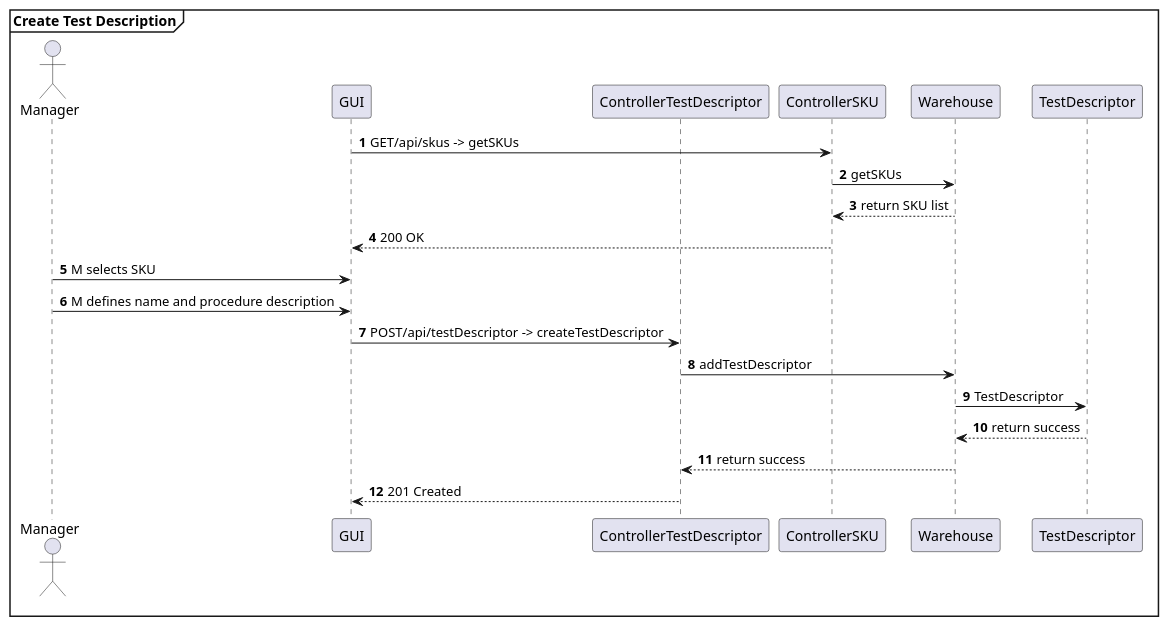
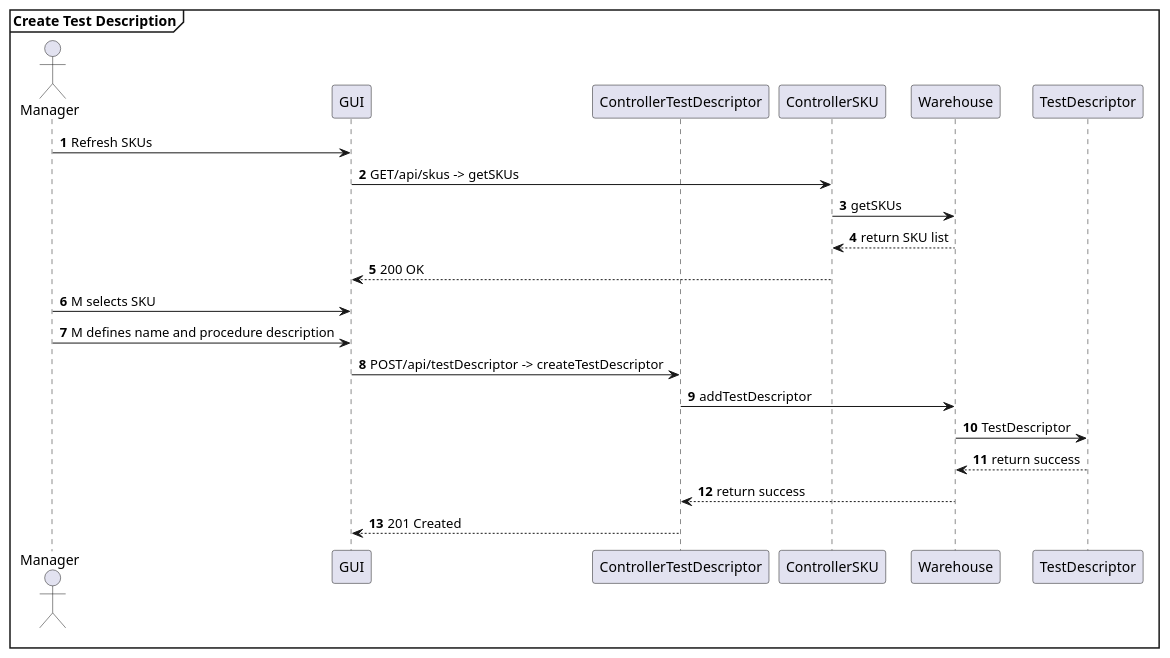
One commit to AlexZampa/EzWh changed diagram 30 of 32 in DesignDocument.md. Above: the diagram before and after it, drawn with PlantUML. The commit also changed other lines of this file, not shown here.

````diff
--- a/DesignDocument.md
+++ b/DesignDocument.md
@@ -1355,27 +1370,28 @@
 ```plantuml
 @startuml
 mainframe **Create Test Description**
 actor Manager
 participant GUI
 participant ControllerTestDescriptor
 participant ControllerSKU
 participant Warehouse
 participant TestDescriptor
 
 
 autonumber
+Manager -> GUI : Refresh SKUs
 GUI -> ControllerSKU : GET/api/skus -> getSKUs
 ControllerSKU -> Warehouse : getSKUs
 ControllerSKU <-- Warehouse : return SKU list
 GUI <-- ControllerSKU : 200 OK
 Manager -> GUI : M selects SKU
 Manager -> GUI : M defines name and procedure description
 GUI -> ControllerTestDescriptor : POST/api/testDescriptor -> createTestDescriptor
 ControllerTestDescriptor -> Warehouse : addTestDescriptor
 Warehouse -> TestDescriptor : TestDescriptor
 Warehouse <-- TestDescriptor : return success
 ControllerTestDescriptor <-- Warehouse : return success
 GUI <-- ControllerTestDescriptor : 201 Created
 
 @enduml
 ```
````
